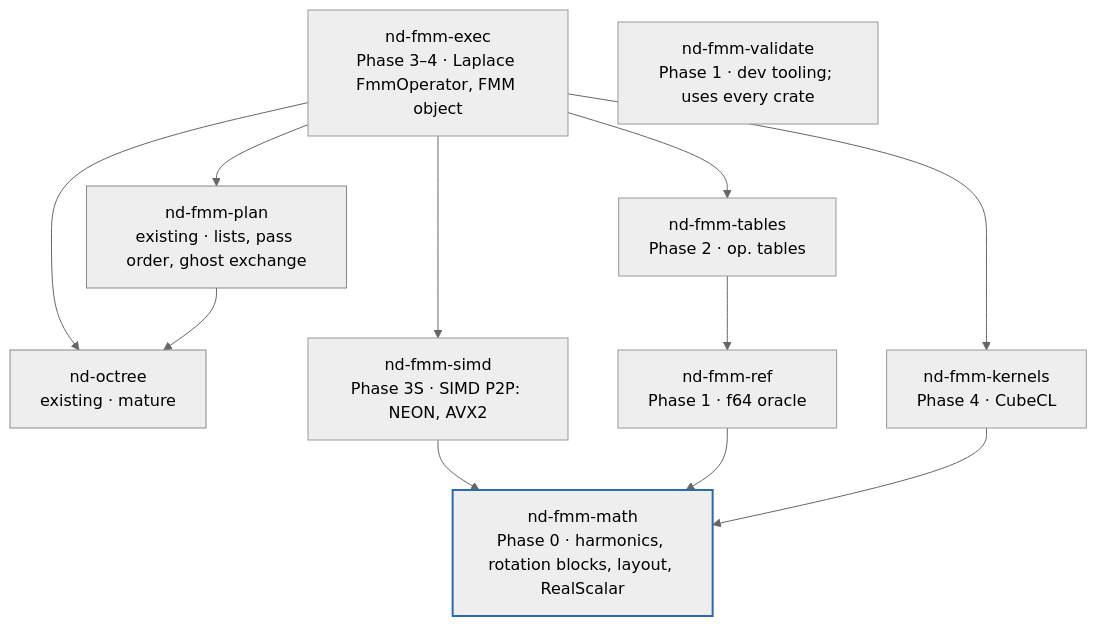
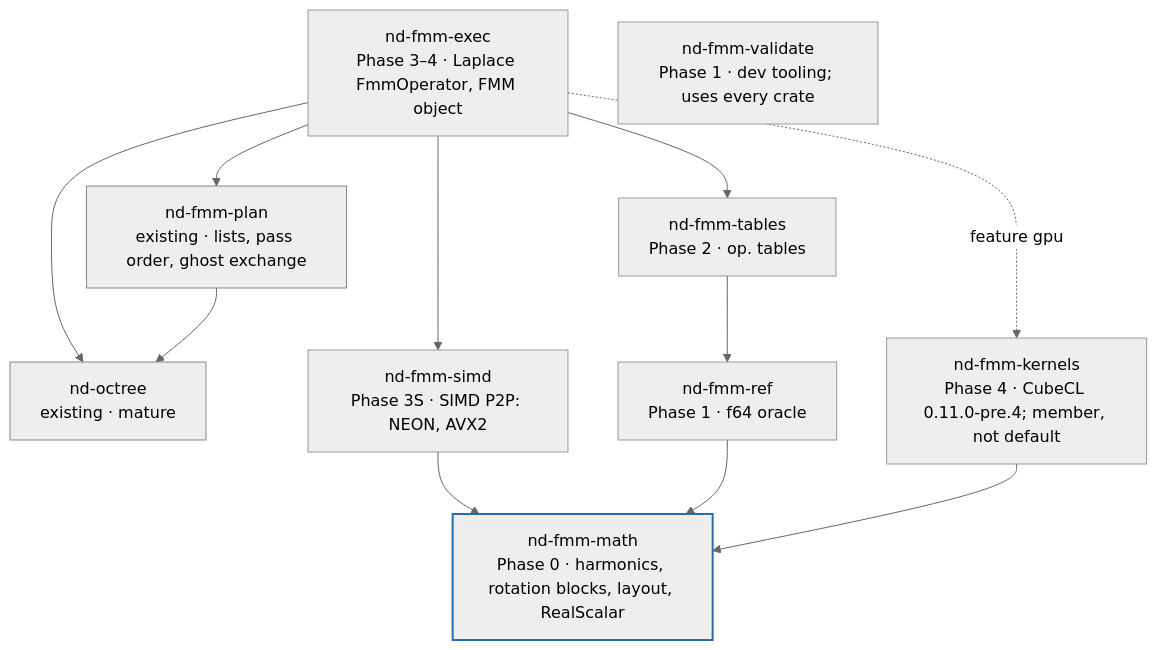
Before and after one commit to tbetcke/fmm: the diagram in docs/design/workspace-structure.md, drawn with Mermaid (neutral theme). The commit also changed other lines of this file and 11 other files, not shown here.

First line of the commit message:
Benchmark the device FMM and update the design documents (Phase 4 T13)

````diff
--- a/docs/design/workspace-structure.md
+++ b/docs/design/workspace-structure.md
@@ -161,24 +166,24 @@
 ```mermaid
 flowchart TB
   exec["nd-fmm-exec<br/>Phase 3–4 · Laplace FmmOperator, FMM object"]
   plan["nd-fmm-plan<br/>existing · lists, pass order, ghost exchange"]:::existing
   octree["nd-octree<br/>existing · mature"]:::existing
   tables["nd-fmm-tables<br/>Phase 2 · op. tables"]
-  kernels["nd-fmm-kernels<br/>Phase 4 · CubeCL"]
+  kernels["nd-fmm-kernels<br/>Phase 4 · CubeCL 0.11.0-pre.4; member, not default"]
   ref["nd-fmm-ref<br/>Phase 1 · f64 oracle"]
   math["nd-fmm-math<br/>Phase 0 · harmonics, rotation blocks, layout, RealScalar"]:::phase0
   validate["nd-fmm-validate<br/>Phase 1 · dev tooling; uses every crate"]
   simd["nd-fmm-simd<br/>Phase 3S · SIMD P2P: NEON, AVX2"]
   exec --> plan
   exec --> octree
   plan --> octree
   exec --> tables
-  exec --> kernels
+  exec -. "feature gpu" .-> kernels
   exec --> simd
   simd --> math
   tables --> ref
   ref --> math
   kernels --> math
   classDef existing fill:#eeeeee,stroke:#888888
   classDef phase0 stroke:#2b6cb0,stroke-width:2px
 ```
````
